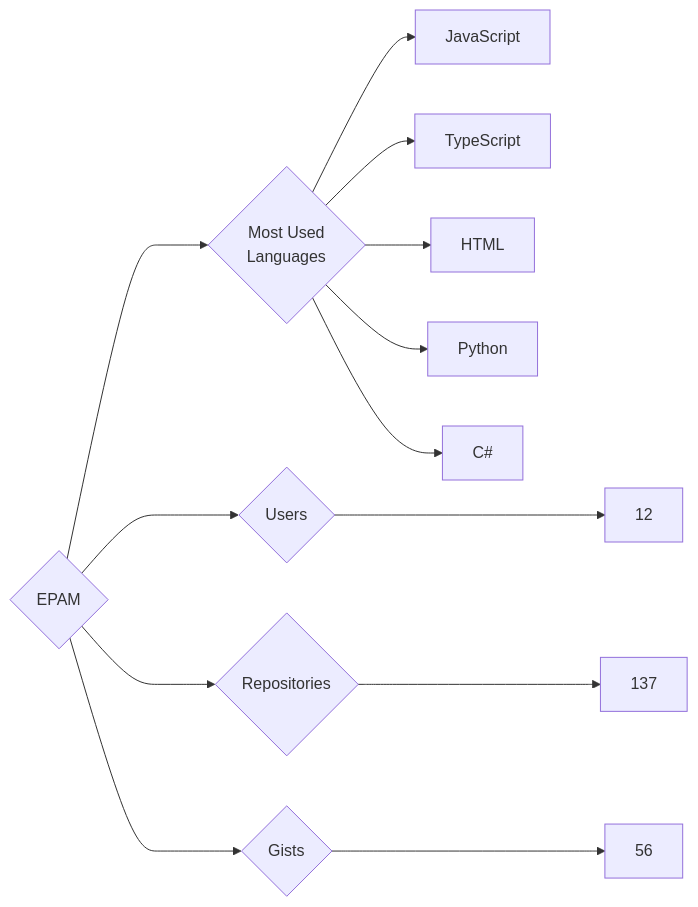
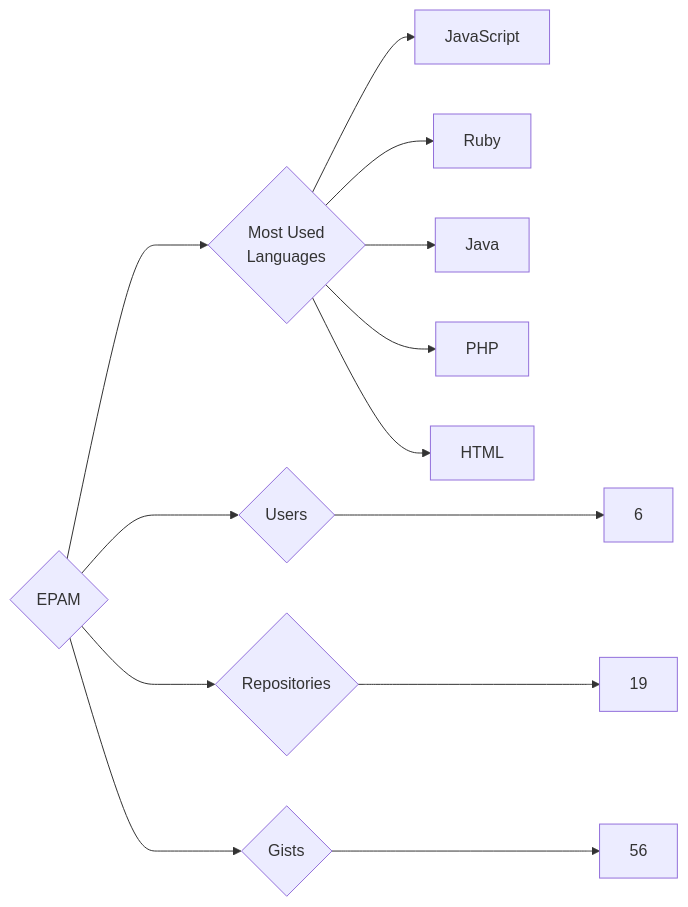
One commit to trickest/insiders changed the diagram in targets/EPAM/README.md. Above: the diagram before and after it, drawn with Mermaid. The commit also changed 1092 other files, not shown here.

````diff
--- a/targets/EPAM/README.md
+++ b/targets/EPAM/README.md
@@ -3,13 +3,13 @@
 ```mermaid
 graph LR
 COMPANY_NAME{EPAM}
-COMPANY_NAME ---> U{Users} ---> UN[12]
-COMPANY_NAME ---> R{Repositories} ---> RN[137]
+COMPANY_NAME ---> U{Users} ---> UN[6]
+COMPANY_NAME ---> R{Repositories} ---> RN[19]
 COMPANY_NAME ---> G{Gists} ---> GN[56]
 COMPANY_NAME ---> ML{Most Used<br>Languages}
 ML --> JavaScript[JavaScript]
-ML --> TypeScript[TypeScript]
+ML --> Ruby[Ruby]
+ML --> Java[Java]
+ML --> PHP[PHP]
 ML --> HTML[HTML]
-ML --> Python[Python]
-ML --> C#[C#]
 ```
````
